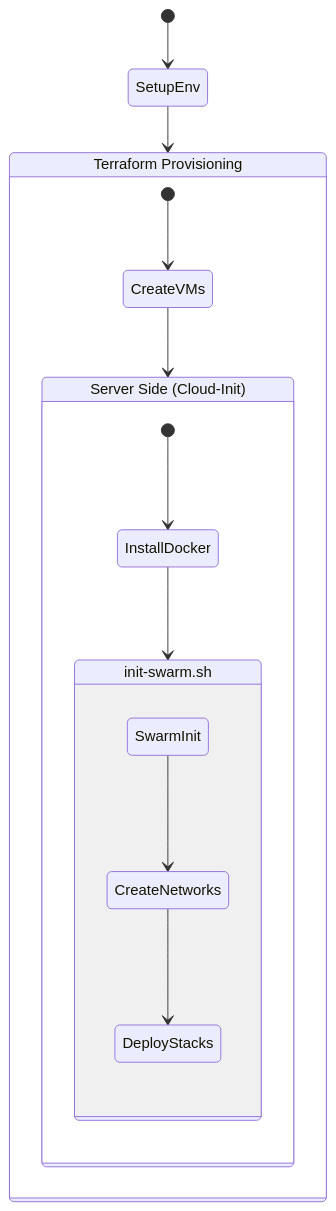
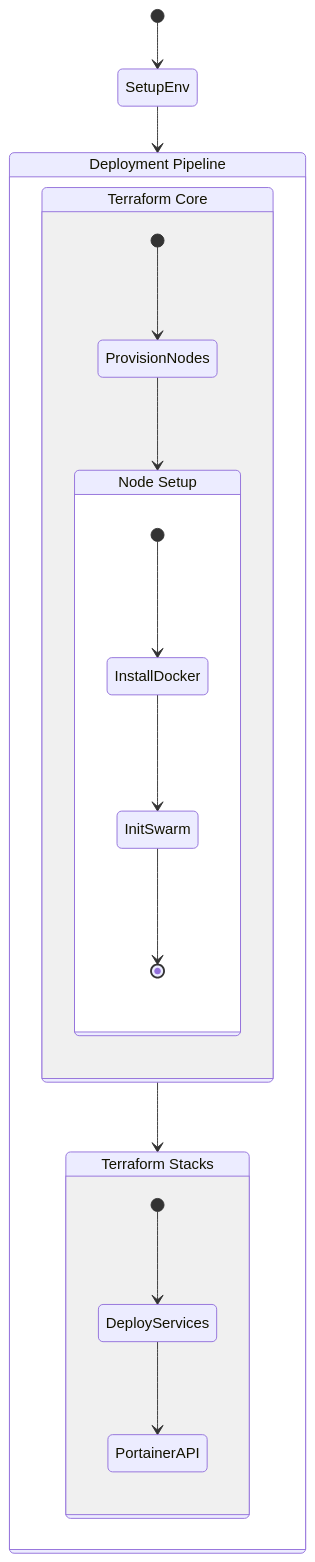
One commit to fsz-codeshop/n8n-hetzner-infrastructure changed the third of 3 diagrams in docs/ARCHITECTURE.md. Above: the diagram before and after it, drawn with Mermaid. The commit also changed 19 other files, not shown here.

````diff
--- a/docs/ARCHITECTURE.md
+++ b/docs/ARCHITECTURE.md
@@ -177,20 +177,23 @@
 ```mermaid
 stateDiagram-v2
     [*] --> SetupEnv
     SetupEnv --> TerraformApply
     
-    state "Terraform Provisioning" as TerraformApply {
-        [*] --> CreateVMs
-        CreateVMs --> CloudInit
+    state "Deployment Pipeline" as TerraformApply {
+        state "Terraform Core" as Core {
+            [*] --> ProvisionNodes
+            ProvisionNodes --> CloudInit
+        }
+        state "Terraform Stacks" as Stacks {
+            [*] --> DeployServices
+            DeployServices --> PortainerAPI
+        }
+        Core --> Stacks
     }
     
-    state "Server Side (Cloud-Init)" as CloudInit {
+    state "Node Setup" as CloudInit {
         [*] --> InstallDocker
-        InstallDocker --> RunInitScript
-        
-        state "init-swarm.sh" as RunInitScript {
-            SwarmInit --> CreateNetworks
-            CreateNetworks --> DeployStacks
-        }
+        InstallDocker --> InitSwarm
+        InitSwarm --> [*]
     }
 ```
````
